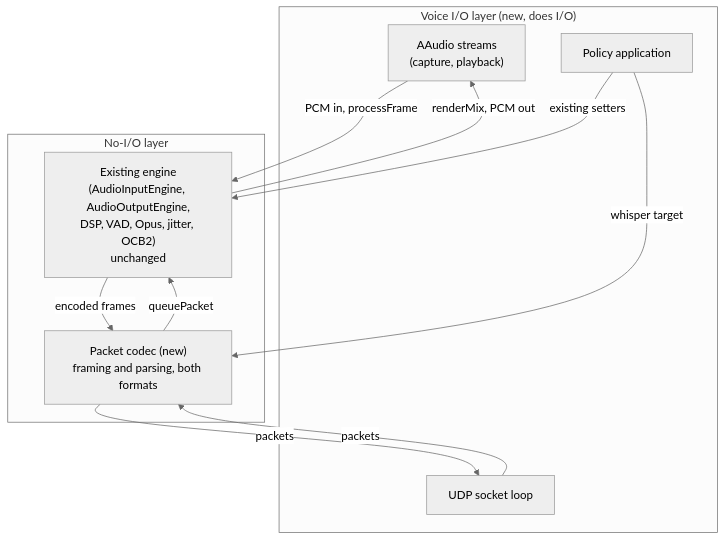
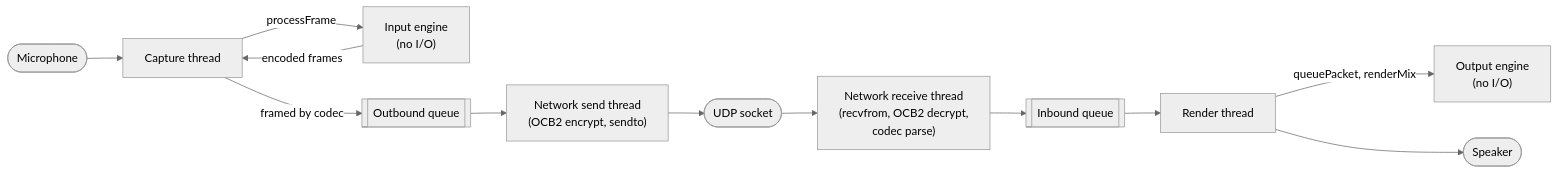
The second of 3 diagrams in docs/tech-debt-whales/target-architecture.md (360ied/mumla-oled), drawn with Mermaid (neutral theme) before and after one commit. The commit also changed other lines of this file, not shown here.

````diff
--- a/docs/tech-debt-whales/target-architecture.md
+++ b/docs/tech-debt-whales/target-architecture.md
@@ -210,20 +239,14 @@
 ```mermaid
-flowchart TB
-    subgraph IO["Voice I/O layer (new, does I/O)"]
-        AA["AAudio streams<br/>(capture, playback)"]
-        UDP["UDP socket loop"]
-        POL["Policy application"]
-    end
-    subgraph Pure["No-I/O layer"]
-        ENG["Existing engine<br/>(AudioInputEngine, AudioOutputEngine,<br/>DSP, VAD, Opus, jitter, OCB2)<br/>unchanged"]
-        COD["Packet codec (new)<br/>framing and parsing, both formats"]
-    end
-    AA -->|PCM in, processFrame| ENG
-    ENG -->|renderMix, PCM out| AA
-    ENG -->|encoded frames| COD
-    COD -->|packets| UDP
-    UDP -->|packets| COD
-    COD -->|queuePacket| ENG
-    POL -->|existing setters| ENG
-    POL -->|whisper target| COD
+flowchart LR
+    MIC(["Microphone"]) --> CAPT["Capture thread"]
+    CAPT -->|"processFrame"| IN["Input engine<br/>(no I/O)"]
+    IN -->|"encoded frames"| CAPT
+    CAPT -->|"framed by codec"| QO[["Outbound queue"]]
+    QO --> SEND["Network send thread<br/>(OCB2 encrypt, sendto)"]
+    SEND --> NET(["UDP socket"])
+    NET --> RECV["Network receive thread<br/>(recvfrom, OCB2 decrypt,<br/>codec parse)"]
+    RECV --> QI[["Inbound queue"]]
+    QI --> RENT["Render thread"]
+    RENT -->|"queuePacket, renderMix"| OUT["Output engine<br/>(no I/O)"]
+    RENT --> SPK(["Speaker"])
 ```
````
